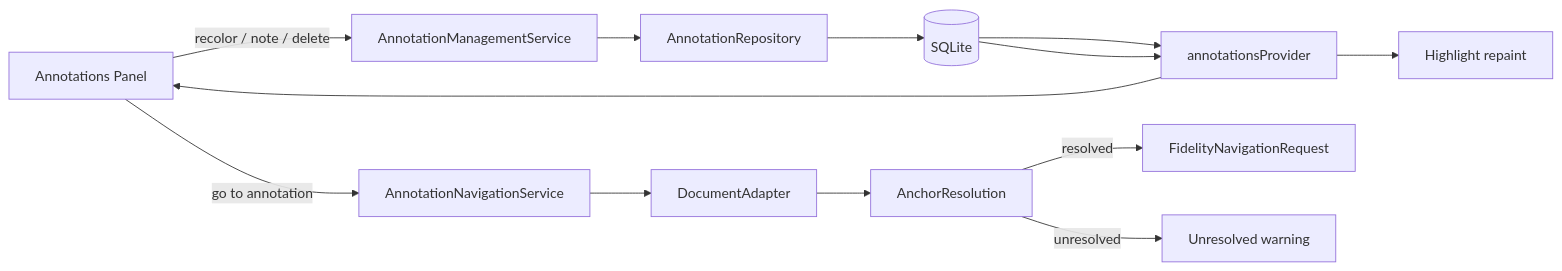
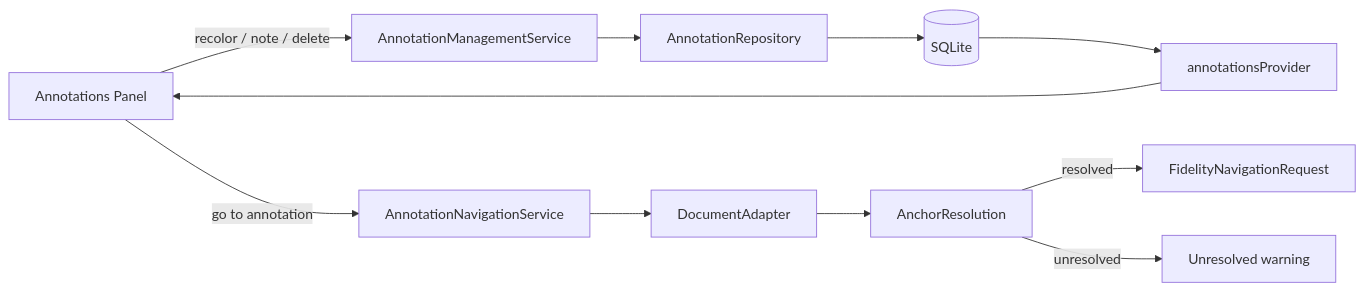
Before and after one commit to aaditya140103/kola: the seventh of 16 diagrams in docs/PROJECT_GRAPH.md, drawn with Mermaid. The commit also changed other lines of this file, not shown here.

Commit message:
Document recovered annotation geometry flow

````diff
--- a/docs/PROJECT_GRAPH.md
+++ b/docs/PROJECT_GRAPH.md
@@ -123,21 +119,19 @@
 ```mermaid
 flowchart LR
     Panel[Annotations Panel]
     Live[annotationsProvider]
     Command[AnnotationManagementService]
     NavService[AnnotationNavigationService]
     Adapter[DocumentAdapter]
     Resolve[AnchorResolution]
     Repo[AnnotationRepository]
     DB[(SQLite)]
     Reader[FidelityNavigationRequest]
     Warn[Unresolved warning]
-    Paint[Highlight repaint]
 
     DB --> Live --> Panel
     Panel -- recolor / note / delete --> Command --> Repo --> DB
     Panel -- go to annotation --> NavService --> Adapter --> Resolve
     Resolve -- resolved --> Reader
     Resolve -- unresolved --> Warn
-    DB --> Live --> Paint
 ```
````
